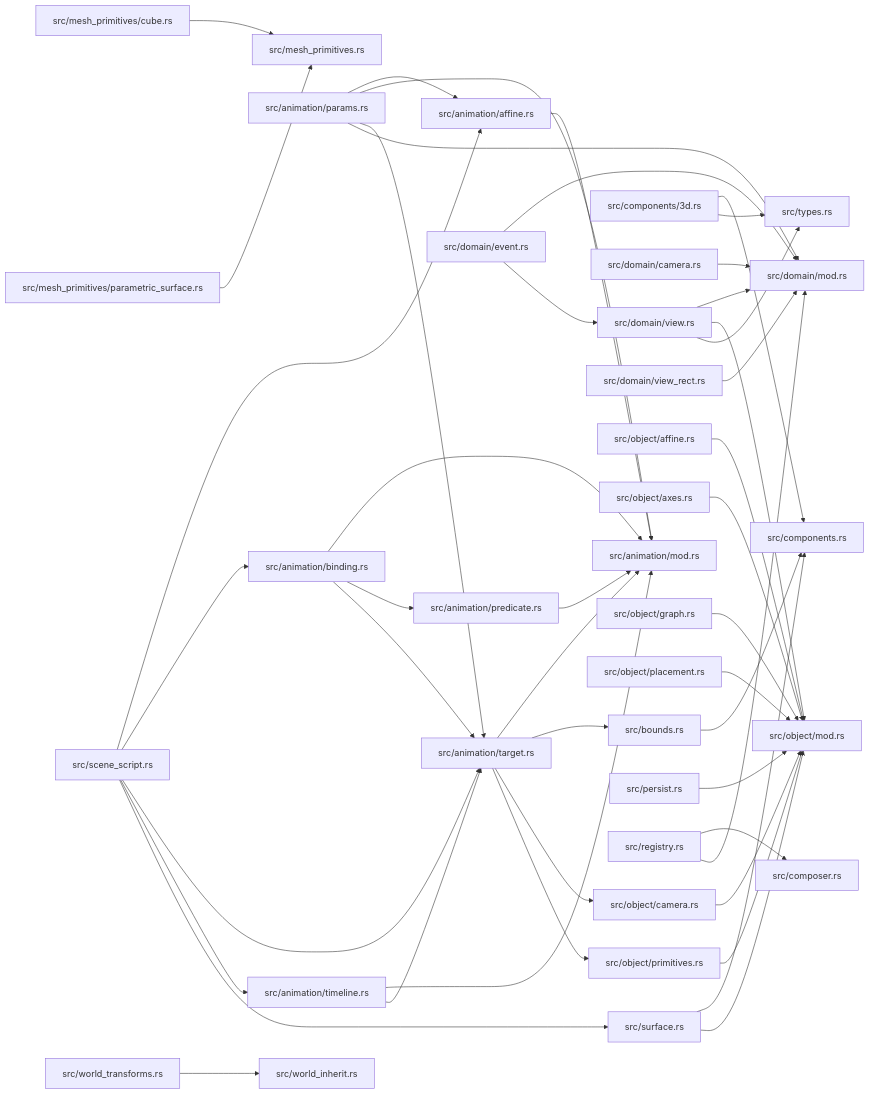
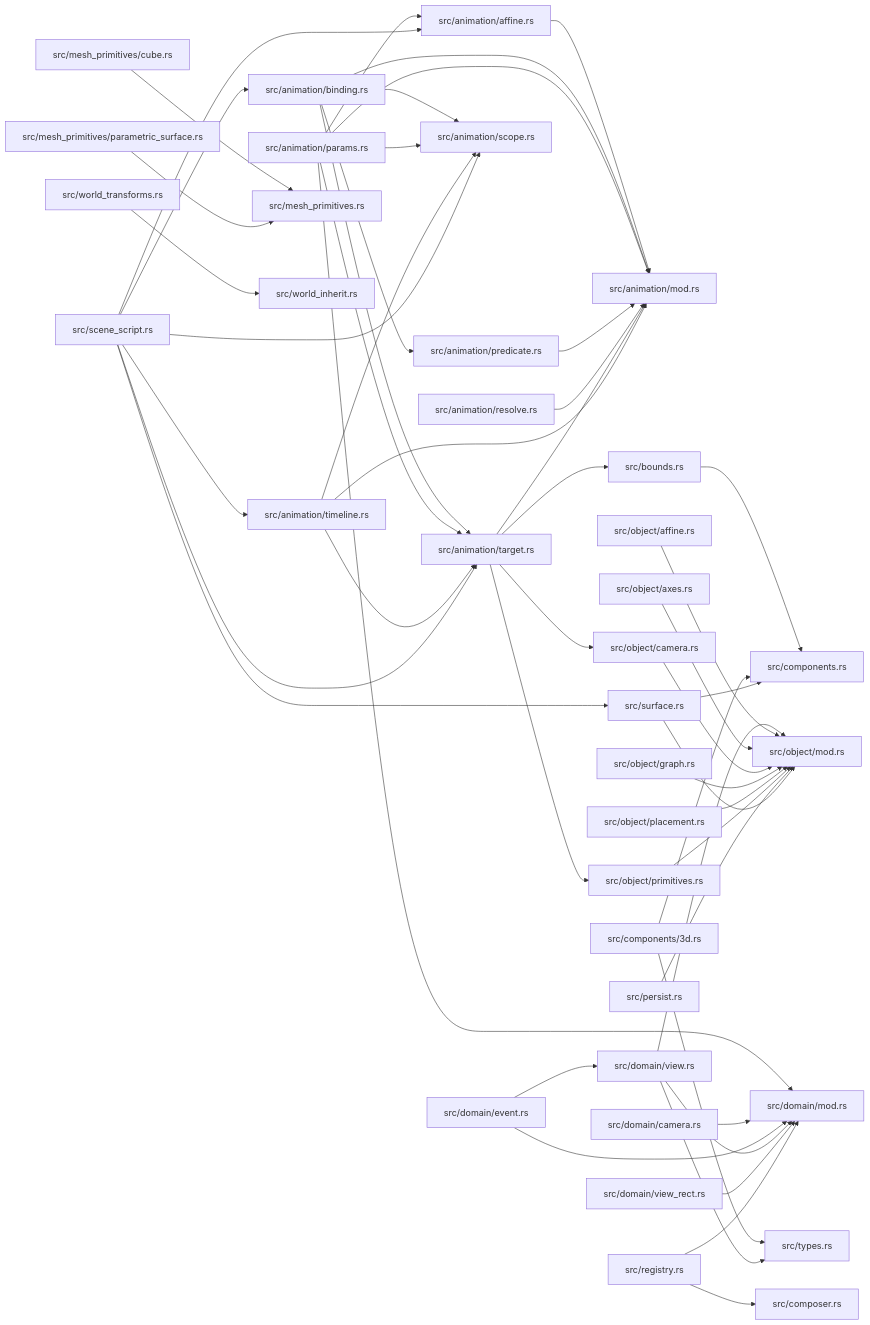
Before and after one commit to xcrtp/zela: the diagram in docs/modules/ze-scene-core.md, drawn with Mermaid. The commit also changed other lines of this file and 8 other files, not shown here.

````diff
--- a/docs/modules/ze-scene-core.md
+++ b/docs/modules/ze-scene-core.md
@@ -69,78 +71,85 @@
     f0["src/animation/affine.rs"]
     f2["src/animation/binding.rs"]
     f1["src/animation/mod.rs"]
-    f5["src/animation/params.rs"]
+    f6["src/animation/params.rs"]
     f3["src/animation/predicate.rs"]
-    f4["src/animation/target.rs"]
-    f10["src/animation/timeline.rs"]
-    f7["src/bounds.rs"]
-    f11["src/components.rs"]
-    f12["src/components/3d.rs"]
-    f28["src/composer.rs"]
-    f14["src/domain/camera.rs"]
-    f15["src/domain/event.rs"]
-    f6["src/domain/mod.rs"]
-    f16["src/domain/view.rs"]
-    f18["src/domain/view_rect.rs"]
-    f20["src/mesh_primitives.rs"]
-    f19["src/mesh_primitives/cube.rs"]
-    f21["src/mesh_primitives/parametric_surface.rs"]
-    f22["src/object/affine.rs"]
-    f23["src/object/axes.rs"]
-    f8["src/object/camera.rs"]
-    f24["src/object/graph.rs"]
-    f17["src/object/mod.rs"]
-    f25["src/object/placement.rs"]
-    f9["src/object/primitives.rs"]
-    f26["src/persist.rs"]
-    f27["src/registry.rs"]
-    f29["src/scene_script.rs"]
-    f30["src/surface.rs"]
-    f13["src/types.rs"]
-    f32["src/world_inherit.rs"]
-    f31["src/world_transforms.rs"]
+    f8["src/animation/resolve.rs"]
+    f4["src/animation/scope.rs"]
+    f5["src/animation/target.rs"]
+    f12["src/animation/timeline.rs"]
+    f9["src/bounds.rs"]
+    f13["src/components.rs"]
+    f14["src/components/3d.rs"]
+    f30["src/composer.rs"]
+    f16["src/domain/camera.rs"]
+    f17["src/domain/event.rs"]
+    f7["src/domain/mod.rs"]
+    f18["src/domain/view.rs"]
+    f20["src/domain/view_rect.rs"]
+    f22["src/mesh_primitives.rs"]
+    f21["src/mesh_primitives/cube.rs"]
+    f23["src/mesh_primitives/parametric_surface.rs"]
+    f24["src/object/affine.rs"]
+    f25["src/object/axes.rs"]
+    f10["src/object/camera.rs"]
+    f26["src/object/graph.rs"]
+    f19["src/object/mod.rs"]
+    f27["src/object/placement.rs"]
+    f11["src/object/primitives.rs"]
+    f28["src/persist.rs"]
+    f29["src/registry.rs"]
+    f31["src/scene_script.rs"]
+    f32["src/surface.rs"]
+    f15["src/types.rs"]
+    f34["src/world_inherit.rs"]
+    f33["src/world_transforms.rs"]
     f0 --> f1
     f2 --> f1
     f2 --> f3
     f2 --> f4
-    f5 --> f0
+    f2 --> f5
+    f6 --> f0
+    f6 --> f1
+    f6 --> f4
+    f6 --> f5
+    f6 --> f7
+    f3 --> f1
+    f8 --> f1
     f5 --> f1
-    f5 --> f4
-    f5 --> f6
-    f3 --> f1
-    f4 --> f1
-    f4 --> f7
-    f4 --> f8
-    f4 --> f9
-    f10 --> f1
-    f10 --> f4
-    f7 --> f11
-    f12 --> f11
-    f12 --> f13
-    f14 --> f6
-    f15 --> f6
-    f15 --> f16
-    f16 --> f6
-    f16 --> f17
-    f16 --> f13
-    f18 --> f6
-    f19 --> f20
-    f21 --> f20
-    f22 --> f17
-    f23 --> f17
-    f8 --> f17
-    f24 --> f17
-    f25 --> f17
-    f9 --> f17
-    f26 --> f17
-    f27 --> f28
-    f27 --> f6
-    f29 --> f0
-    f29 --> f2
-    f29 --> f4
-    f29 --> f10
+    f5 --> f9
+    f5 --> f10
+    f5 --> f11
+    f12 --> f1
+    f12 --> f4
+    f12 --> f5
+    f9 --> f13
+    f14 --> f13
+    f14 --> f15
+    f16 --> f7
+    f17 --> f7
+    f17 --> f18
+    f18 --> f7
+    f18 --> f19
+    f18 --> f15
+    f20 --> f7
+    f21 --> f22
+    f23 --> f22
+    f24 --> f19
+    f25 --> f19
+    f10 --> f19
+    f26 --> f19
+    f27 --> f19
+    f11 --> f19
+    f28 --> f19
     f29 --> f30
-    f30 --> f11
-    f30 --> f17
+    f29 --> f7
+    f31 --> f0
+    f31 --> f2
+    f31 --> f4
+    f31 --> f5
+    f31 --> f12
     f31 --> f32
+    f32 --> f13
+    f32 --> f19
+    f33 --> f34
 ```
````
